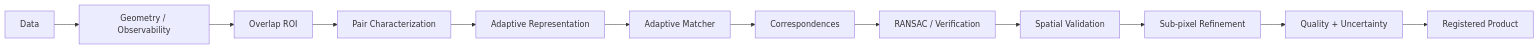
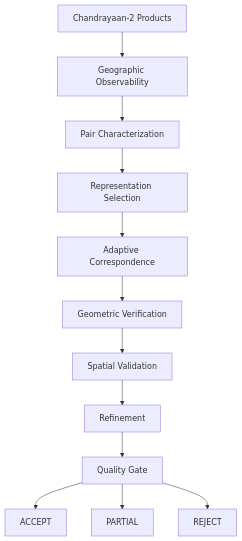
Before and after one commit to ruchi-mish90/PARALLAX: the diagram in README.md, drawn with Mermaid. The commit also changed other lines of this file, not shown here.

````diff
--- a/README.md
+++ b/README.md
@@ -48,14 +14,14 @@
 ```mermaid
-flowchart LR
-    A[Data] --> B[Geometry / Observability]
-    B --> C[Overlap ROI]
-    C --> D[Pair Characterization]
-    D --> E[Adaptive Representation]
-    E --> F[Adaptive Matcher]
-    F --> G[Correspondences]
-    G --> H[RANSAC / Verification]
-    H --> I[Spatial Validation]
-    I --> J[Sub-pixel Refinement]
-    J --> K[Quality + Uncertainty]
-    K --> L[Registered Product]
+flowchart TD
+    A[Chandrayaan-2 Products] --> B[Geographic Observability]
+    B --> C[Pair Characterization]
+    C --> D[Representation Selection]
+    D --> E[Adaptive Correspondence]
+    E --> F[Geometric Verification]
+    F --> G[Spatial Validation]
+    G --> H[Refinement]
+    H --> I[Quality Gate]
+    I --> J[ACCEPT]
+    I --> K[PARTIAL]
+    I --> L[REJECT]
 ```
````
